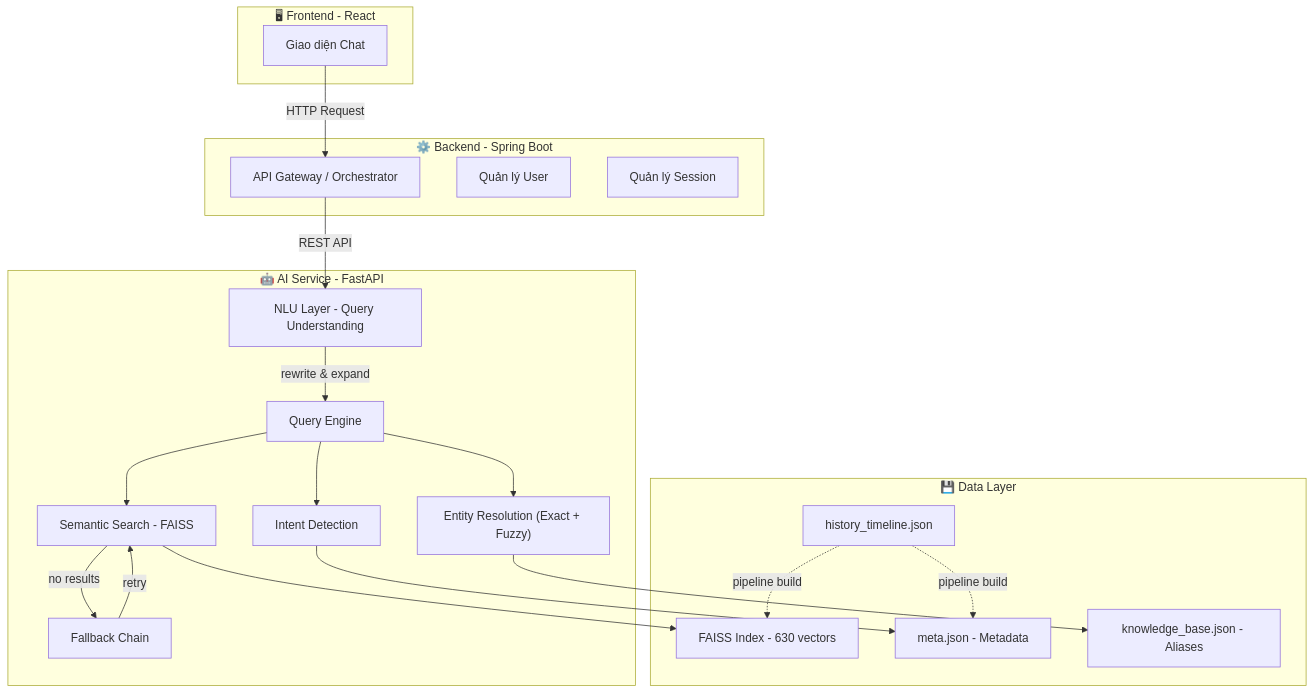
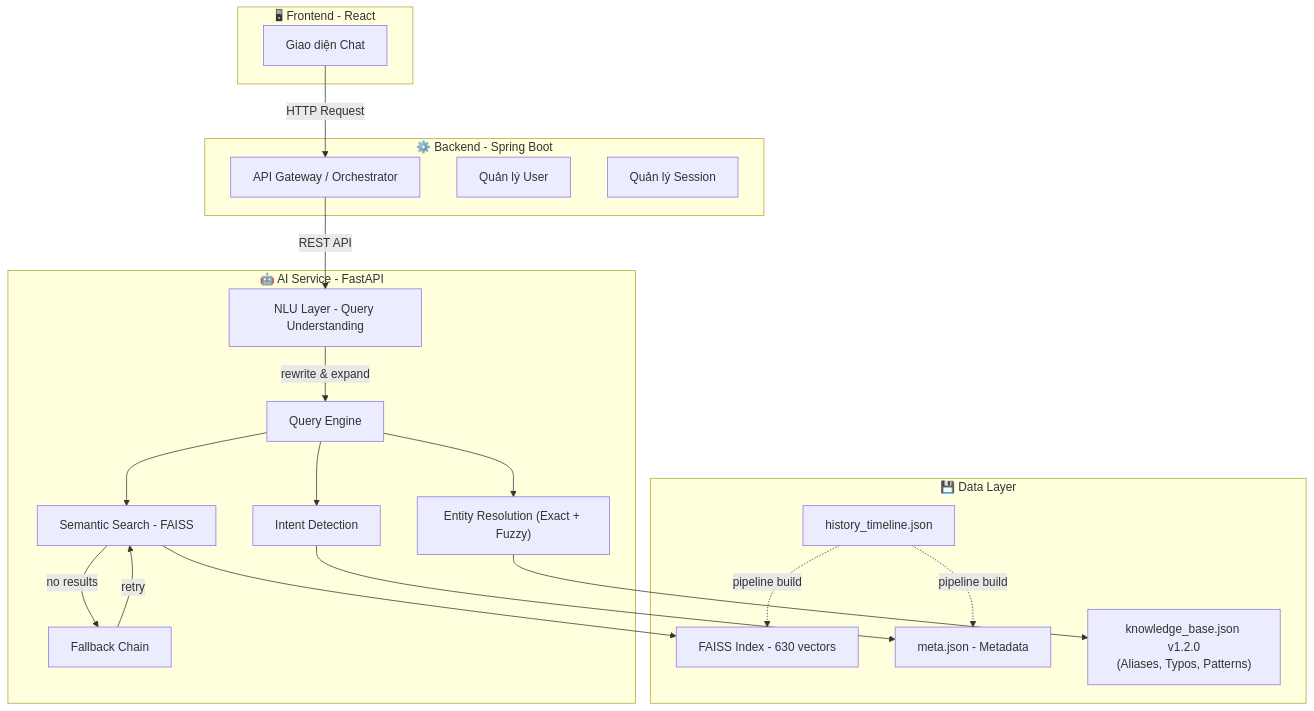
One commit to HistoryMindAI/vietnam_history_dataset changed the first of 6 diagrams in README.md. Above: the diagram before and after it, drawn with Mermaid. The commit also changed other lines of this file and 1 other file, not shown here.

````diff
--- a/README.md
+++ b/README.md
@@ -9,40 +9,40 @@
 ```mermaid
 graph TD
     subgraph "🖥 Frontend - React"
         A["Giao diện Chat"]
     end
 
     subgraph "⚙️ Backend - Spring Boot"
         B["API Gateway / Orchestrator"]
         B1["Quản lý User"]
         B2["Quản lý Session"]
     end
 
     subgraph "🤖 AI Service - FastAPI"
         NLU["NLU Layer - Query Understanding"]
         C["Query Engine"]
         C1["Semantic Search - FAISS"]
         C2["Entity Resolution (Exact + Fuzzy)"]
         C3["Intent Detection"]
         C4["Fallback Chain"]
     end
 
     subgraph "💾 Data Layer"
         D1["FAISS Index - 630 vectors"]
         D2["meta.json - Metadata"]
-        D3["knowledge_base.json - Aliases"]
+        D3["knowledge_base.json v1.2.0<br/>(Aliases, Typos, Patterns)"]
         D4["history_timeline.json"]
     end
 
     A -- "HTTP Request" --> B
     B -- "REST API" --> NLU
     NLU -- "rewrite & expand" --> C
     C --> C1 & C2 & C3
     C1 --> D1
     C2 --> D3
     C3 --> D2
     C1 -- "no results" --> C4
     C4 -- "retry" --> C1
     D4 -. "pipeline build" .-> D1
     D4 -. "pipeline build" .-> D2
 ```
````
